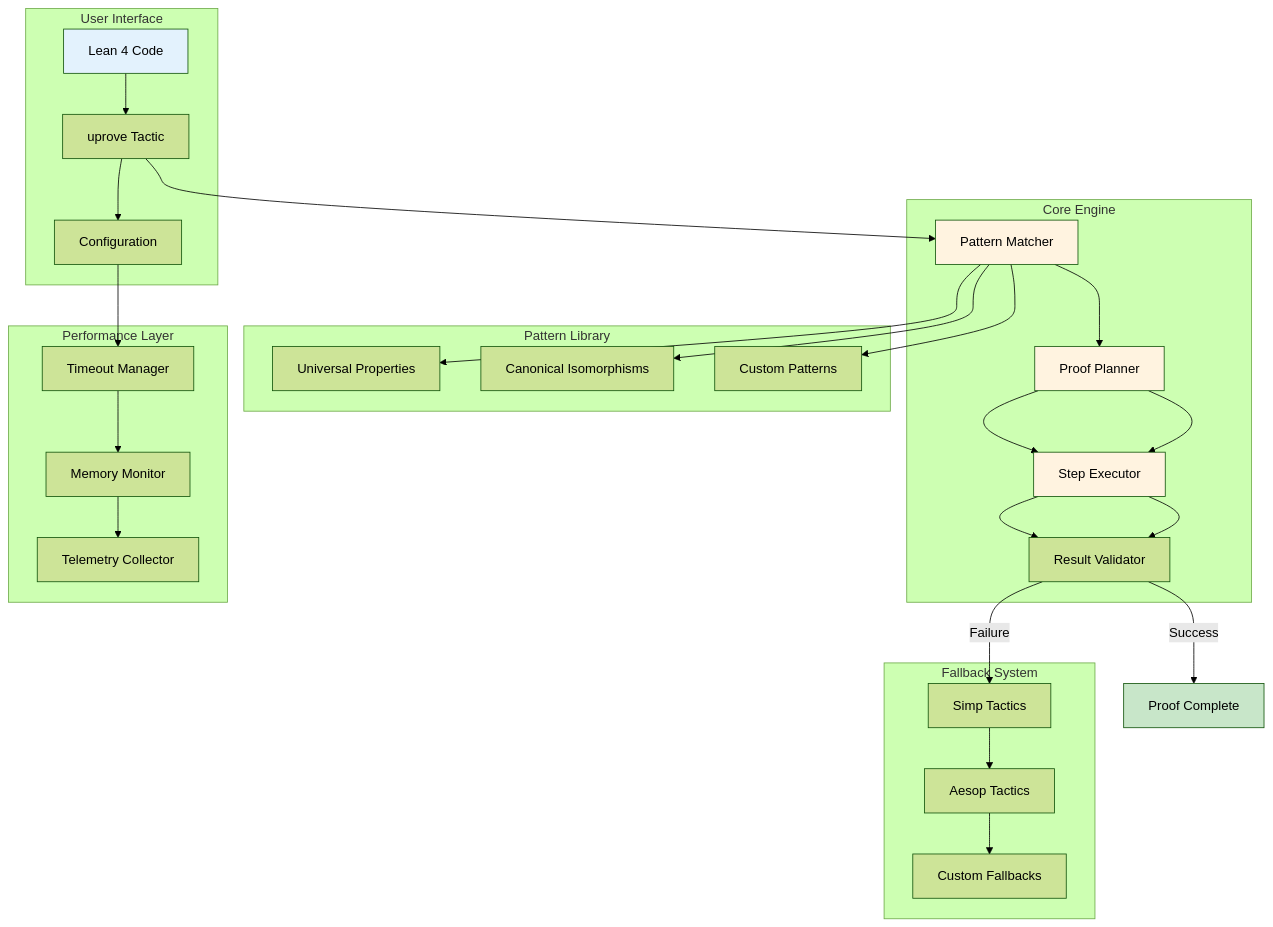
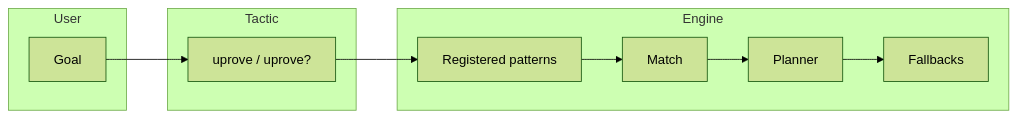
The diagram in docs/architecture.md (fraware/lean-uprove), drawn with Mermaid (forest theme) before and after one commit. The commit also changed other lines of this file and 46 other files, not shown here.

````diff
--- a/docs/architecture.md
+++ b/docs/architecture.md
@@ -5,52 +23,20 @@
 ```mermaid
-graph TB
-    subgraph "User Interface"
-        A[Lean 4 Code] --> B[uprove Tactic]
-        B --> C[Configuration]
-    end
-    
-    subgraph "Core Engine"
-        D[Pattern Matcher] --> E[Proof Planner]
-        E --> F[Step Executor]
-        F --> G[Result Validator]
-    end
-    
-    subgraph "Pattern Library"
-        H[Universal Properties]
-        I[Canonical Isomorphisms]
-        J[Custom Patterns]
-    end
-    
-    subgraph "Fallback System"
-        K[Simp Tactics]
-        L[Aesop Tactics]
-        M[Custom Fallbacks]
-    end
-    
-    subgraph "Performance Layer"
-        N[Timeout Manager]
-        O[Memory Monitor]
-        P[Telemetry Collector]
-    end
-    
-    B --> D
-    D --> H
-    D --> I
-    D --> J
-    E --> F
-    F --> G
-    G -->|Success| Q[Proof Complete]
-    G -->|Failure| K
-    K --> L
-    L --> M
-    
-    C --> N
-    N --> O
-    O --> P
-    
-    style A fill:#e3f2fd
-    style Q fill:#c8e6c9
-    style D fill:#fff3e0
-    style E fill:#fff3e0
-    style F fill:#fff3e0
+flowchart LR
+  subgraph user [User]
+    G[Goal]
+  end
+  subgraph tactic [Tactic]
+    T[uprove / uprove?]
+  end
+  subgraph engine [Engine]
+    P[Registered patterns]
+    M[Match]
+    PL[Planner]
+    F[Fallbacks]
+  end
+  G --> T
+  T --> P
+  P --> M
+  M --> PL
+  PL --> F
 ```
````
